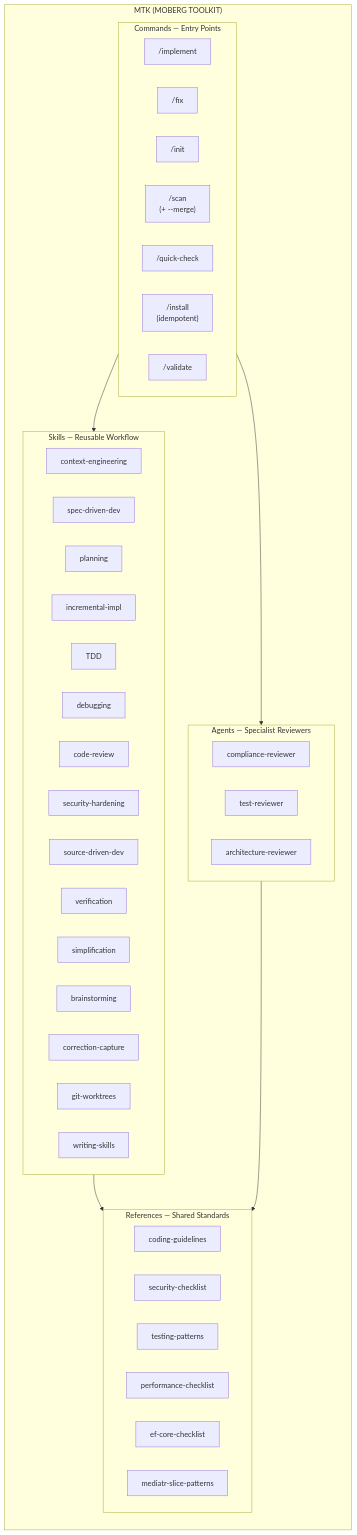
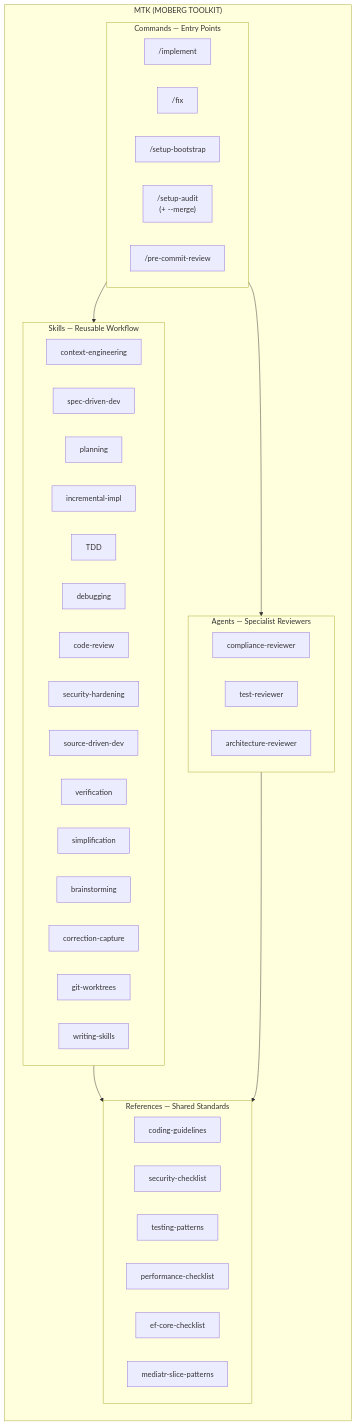
The first of 8 diagrams in README.md (moberghr/mtk-agent-toolkit), drawn with Mermaid before and after one commit. The commit also changed other lines of this file and 18 other files, not shown here.

````diff
--- a/README.md
+++ b/README.md
@@ -102,54 +93,52 @@
 ```mermaid
 graph TB
     subgraph Toolkit["MTK (MOBERG TOOLKIT)"]
         direction TB
 
         subgraph Commands["Commands — Entry Points"]
             implement["/implement"]
             fix["/fix"]
-            init["/init"]
-            scan["/scan<br/>(+ --merge)"]
-            quickcheck["/quick-check"]
-            install["/install<br/>(idempotent)"]
-            validate["/validate"]
+            bootstrap["/setup-bootstrap"]
+            audit["/setup-audit<br/>(+ --merge)"]
+            precommit["/pre-commit-review"]
         end
 
         subgraph Skills["Skills — Reusable Workflow"]
             ctx["context-engineering"]
             spec["spec-driven-dev"]
             plan["planning"]
             impl["incremental-impl"]
             tdd["TDD"]
             debug["debugging"]
             review["code-review"]
             sec["security-hardening"]
             src["source-driven-dev"]
             verify["verification"]
             simplify["simplification"]
             brain["brainstorming"]
             corr["correction-capture"]
             wt["git-worktrees"]
             ws["writing-skills"]
         end
 
         subgraph Agents["Agents — Specialist Reviewers"]
             cr["compliance-reviewer"]
             tr["test-reviewer"]
             ar["architecture-reviewer"]
         end
 
         subgraph References["References — Shared Standards"]
             cg["coding-guidelines"]
             sc["security-checklist"]
             tp["testing-patterns"]
             pc["performance-checklist"]
             ef["ef-core-checklist"]
             ms["mediatr-slice-patterns"]
         end
     end
 
     Commands --> Skills
     Commands --> Agents
     Skills --> References
     Agents --> References
 ```
````
